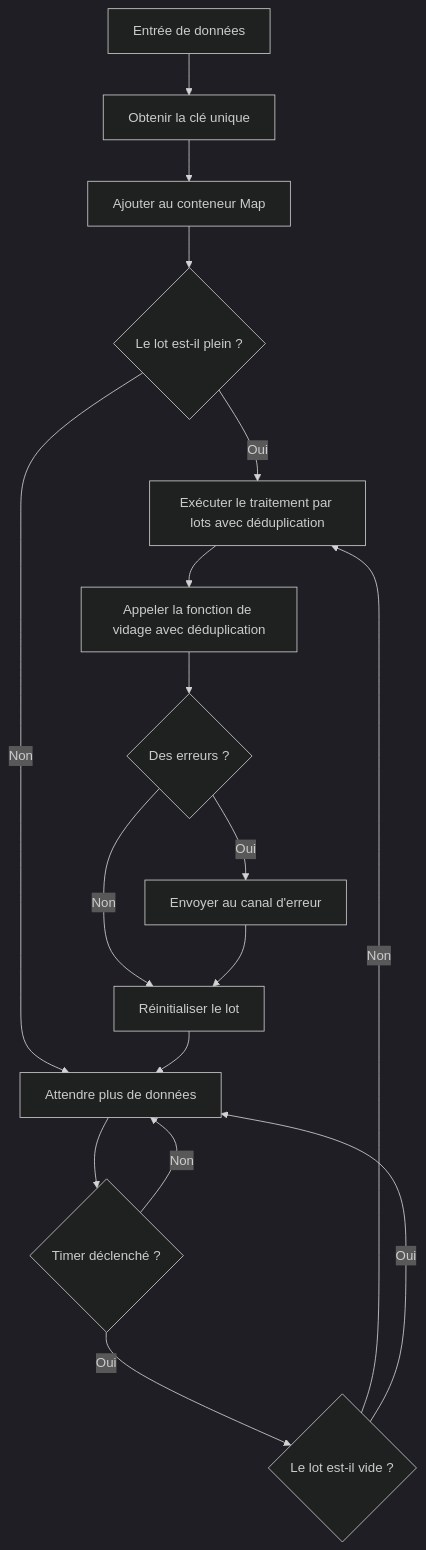
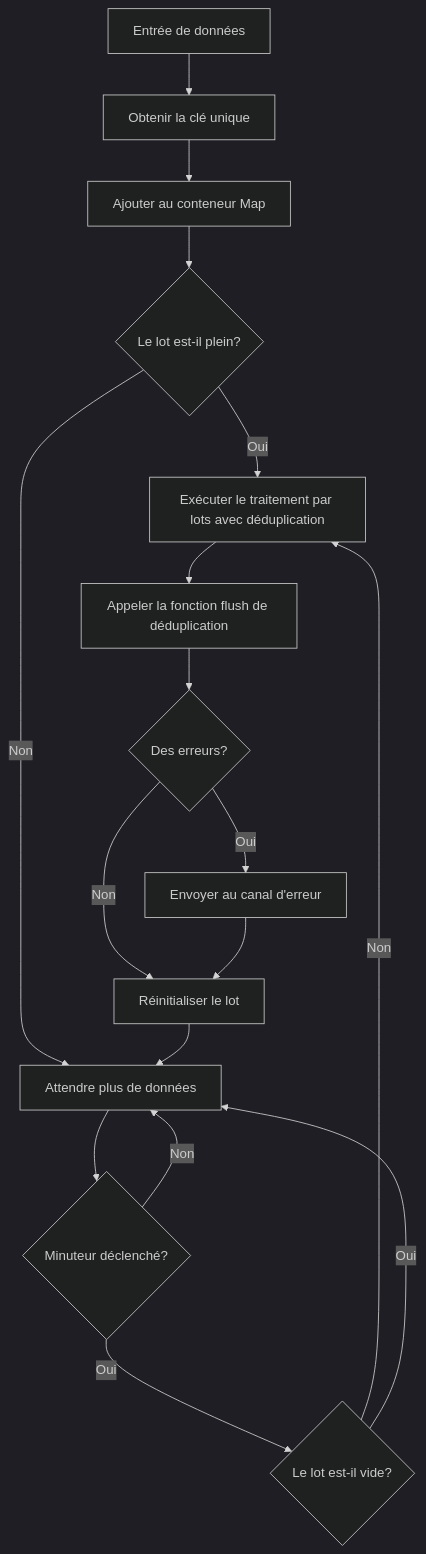
Before and after one commit to rushairer/go-pipeline-homepage: the diagram in i18n/fr/docusaurus-plugin-content-docs/current/deduplication-pipeline.md, drawn with Mermaid (dark theme). The commit also changed other lines of this file and 27 other files, not shown here.

````diff
--- a/i18n/fr/docusaurus-plugin-content-docs/current/deduplication-pipeline.md
+++ b/i18n/fr/docusaurus-plugin-content-docs/current/deduplication-pipeline.md
@@ -23,19 +23,19 @@
 ```mermaid
 graph TD
-    A[Entrée de données] --> B[Obtenir la clé unique]
-    B --> C[Ajouter au conteneur Map]
-    C --> D{Le lot est-il plein ?}
-    D -->|Oui| E[Exécuter le traitement par lots avec déduplication]
-    D -->|Non| F[Attendre plus de données]
-    F --> G{Timer déclenché ?}
-    G -->|Oui| H{Le lot est-il vide ?}
+    A["Entrée de données"] --> B["Obtenir la clé unique"]
+    B --> C["Ajouter au conteneur Map"]
+    C --> D{"Le lot est-il plein?"}
+    D -->|Oui| E["Exécuter le traitement par lots avec déduplication"]
+    D -->|Non| F["Attendre plus de données"]
+    F --> G{"Minuteur déclenché?"}
+    G -->|Oui| H{"Le lot est-il vide?"}
     H -->|Non| E
     H -->|Oui| F
     G -->|Non| F
-    E --> I[Appeler la fonction de vidage avec déduplication]
-    I --> J{Des erreurs ?}
-    J -->|Oui| K[Envoyer au canal d'erreur]
-    J -->|Non| L[Réinitialiser le lot]
+    E --> I["Appeler la fonction flush de déduplication"]
+    I --> J{"Des erreurs?"}
+    J -->|Oui| K["Envoyer au canal d'erreur"]
+    J -->|Non| L["Réinitialiser le lot"]
     K --> L
     L --> F
 ```
````
